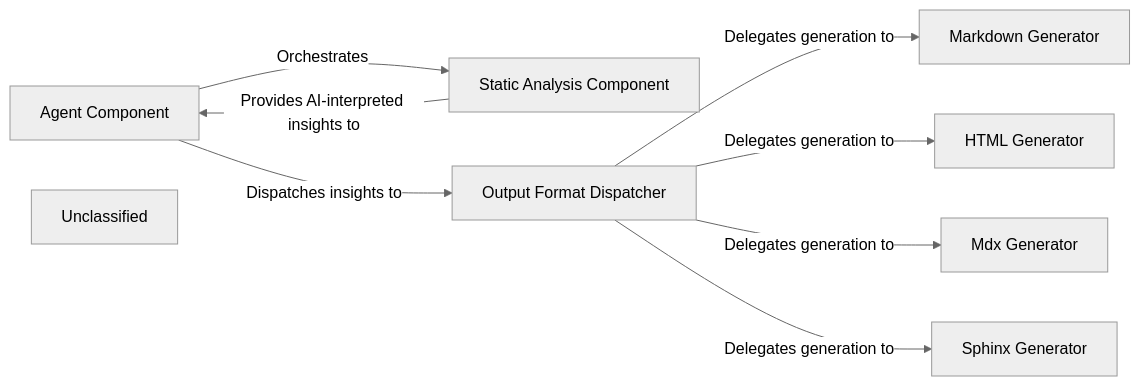
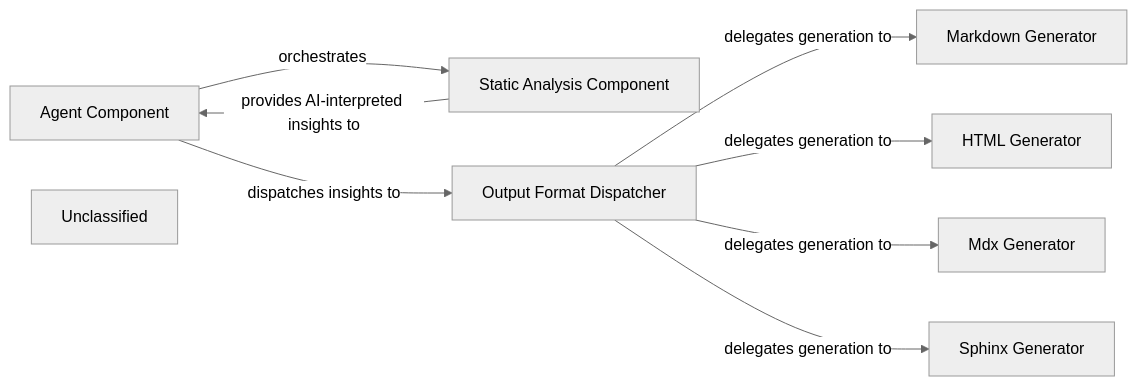
One commit to CodeBoarding/CodeBoarding changed the diagram in .codeboarding/Output_Generation_Engine.md. Above: the diagram before and after it, drawn with Mermaid (neutral theme). The commit also changed other lines of this file and 17 other files, not shown here.

First line of the commit message:
docs: update codeboarding documentation and generate architecture

````diff
--- a/.codeboarding/Output_Generation_Engine.md
+++ b/.codeboarding/Output_Generation_Engine.md
@@ -1,19 +1,18 @@
 ```mermaid
 graph LR
     Agent_Component["Agent Component"]
     Static_Analysis_Component["Static Analysis Component"]
     Output_Format_Dispatcher["Output Format Dispatcher"]
     Markdown_Generator["Markdown Generator"]
     HTML_Generator["HTML Generator"]
     Mdx_Generator["Mdx Generator"]
     Sphinx_Generator["Sphinx Generator"]
     Unclassified["Unclassified"]
-    Unclassified["Unclassified"]
-    Agent_Component -- "Orchestrates" --> Static_Analysis_Component
-    Agent_Component -- "Dispatches insights to" --> Output_Format_Dispatcher
-    Static_Analysis_Component -- "Provides AI-interpreted insights to" --> Agent_Component
-    Output_Format_Dispatcher -- "Delegates generation to" --> Markdown_Generator
-    Output_Format_Dispatcher -- "Delegates generation to" --> HTML_Generator
-    Output_Format_Dispatcher -- "Delegates generation to" --> Mdx_Generator
-    Output_Format_Dispatcher -- "Delegates generation to" --> Sphinx_Generator
+    Agent_Component -- "orchestrates" --> Static_Analysis_Component
+    Agent_Component -- "dispatches insights to" --> Output_Format_Dispatcher
+    Static_Analysis_Component -- "provides AI-interpreted insights to" --> Agent_Component
+    Output_Format_Dispatcher -- "delegates generation to" --> Markdown_Generator
+    Output_Format_Dispatcher -- "delegates generation to" --> HTML_Generator
+    Output_Format_Dispatcher -- "delegates generation to" --> Mdx_Generator
+    Output_Format_Dispatcher -- "delegates generation to" --> Sphinx_Generator
 ```
````
